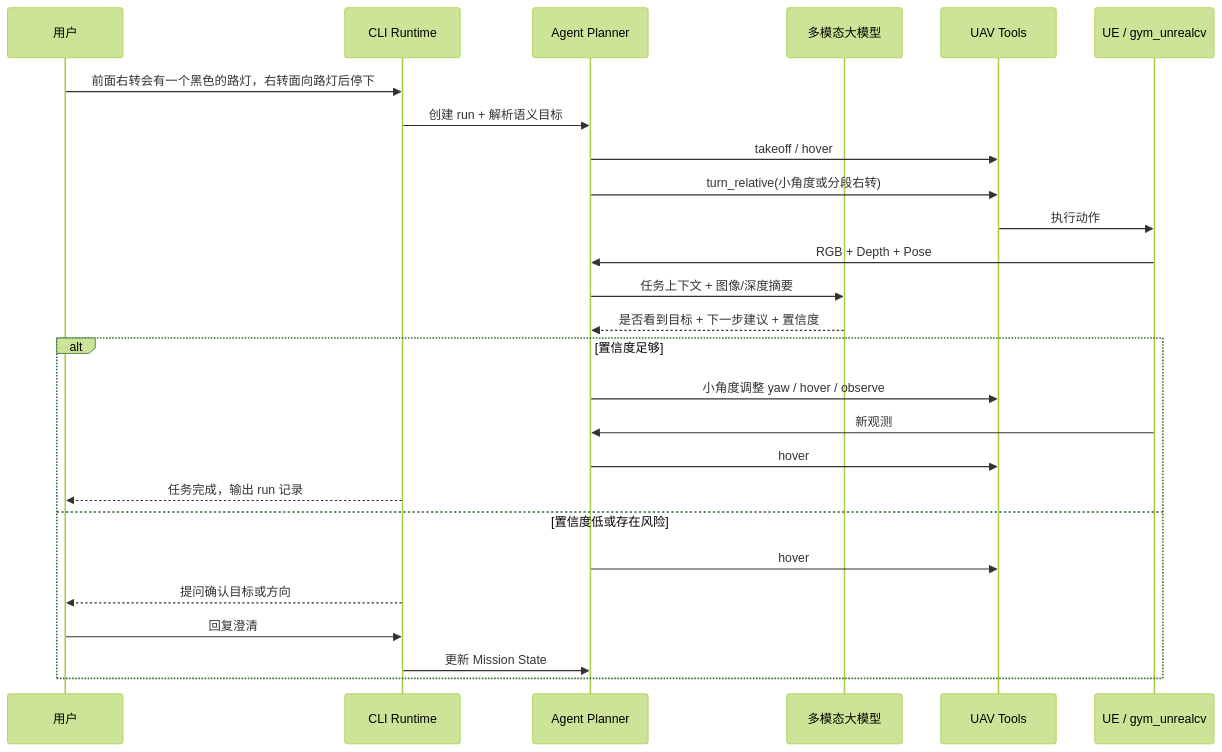
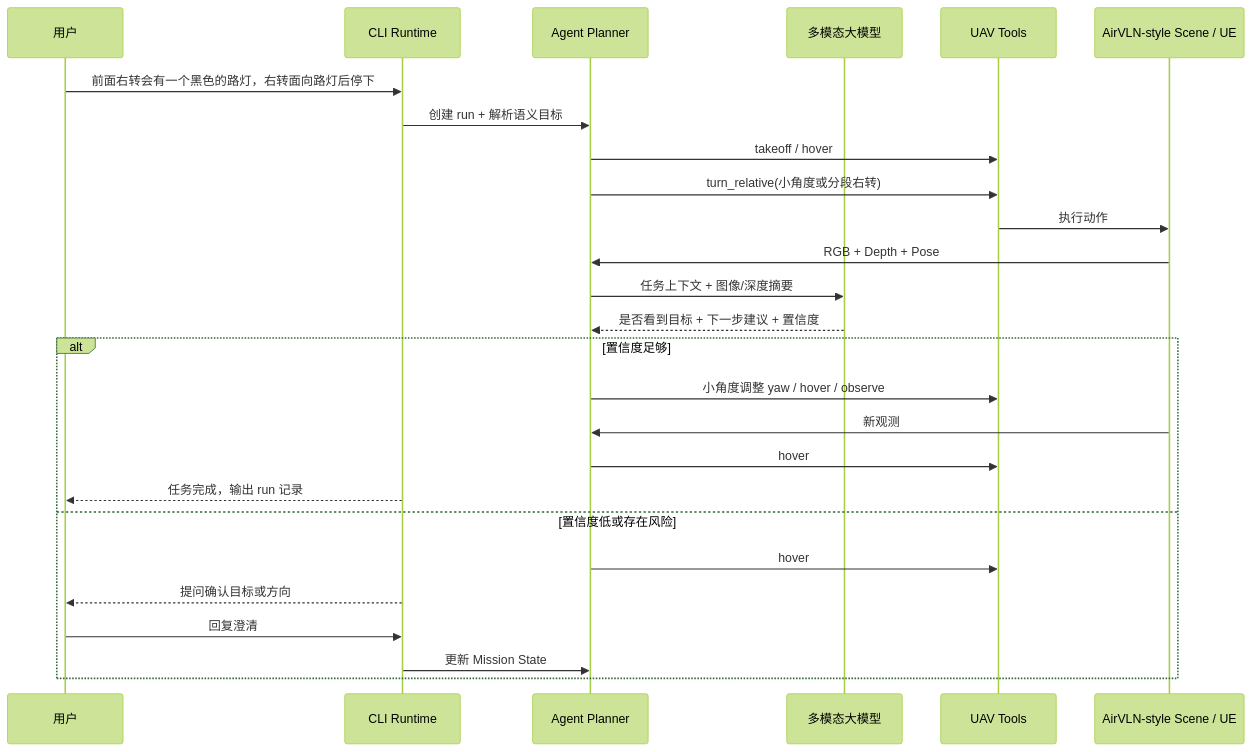
The fifth of 5 diagrams in docs/mvp_flow_diagrams.md (LZ6years/AeroPilot), drawn with Mermaid (forest theme) before and after one commit. The commit also changed other lines of this file and 52 other files, not shown here.

````diff
--- a/docs/mvp_flow_diagrams.md
+++ b/docs/mvp_flow_diagrams.md
@@ -130,29 +130,29 @@
 ```mermaid
 sequenceDiagram
     participant User as 用户
     participant CLI as CLI Runtime
     participant Agent as Agent Planner
     participant VLM as 多模态大模型
     participant UAV as UAV Tools
-    participant Env as UE / gym_unrealcv
+    participant Env as AirVLN-style Scene / UE
 
     User->>CLI: 前面右转会有一个黑色的路灯，右转面向路灯后停下
     CLI->>Agent: 创建 run + 解析语义目标
     Agent->>UAV: takeoff / hover
     Agent->>UAV: turn_relative(小角度或分段右转)
     UAV->>Env: 执行动作
     Env->>Agent: RGB + Depth + Pose
     Agent->>VLM: 任务上下文 + 图像/深度摘要
     VLM-->>Agent: 是否看到目标 + 下一步建议 + 置信度
     alt 置信度足够
         Agent->>UAV: 小角度调整 yaw / hover / observe
         Env->>Agent: 新观测
         Agent->>UAV: hover
         CLI-->>User: 任务完成，输出 run 记录
     else 置信度低或存在风险
         Agent->>UAV: hover
         CLI-->>User: 提问确认目标或方向
         User->>CLI: 回复澄清
         CLI->>Agent: 更新 Mission State
     end
 ```
````
